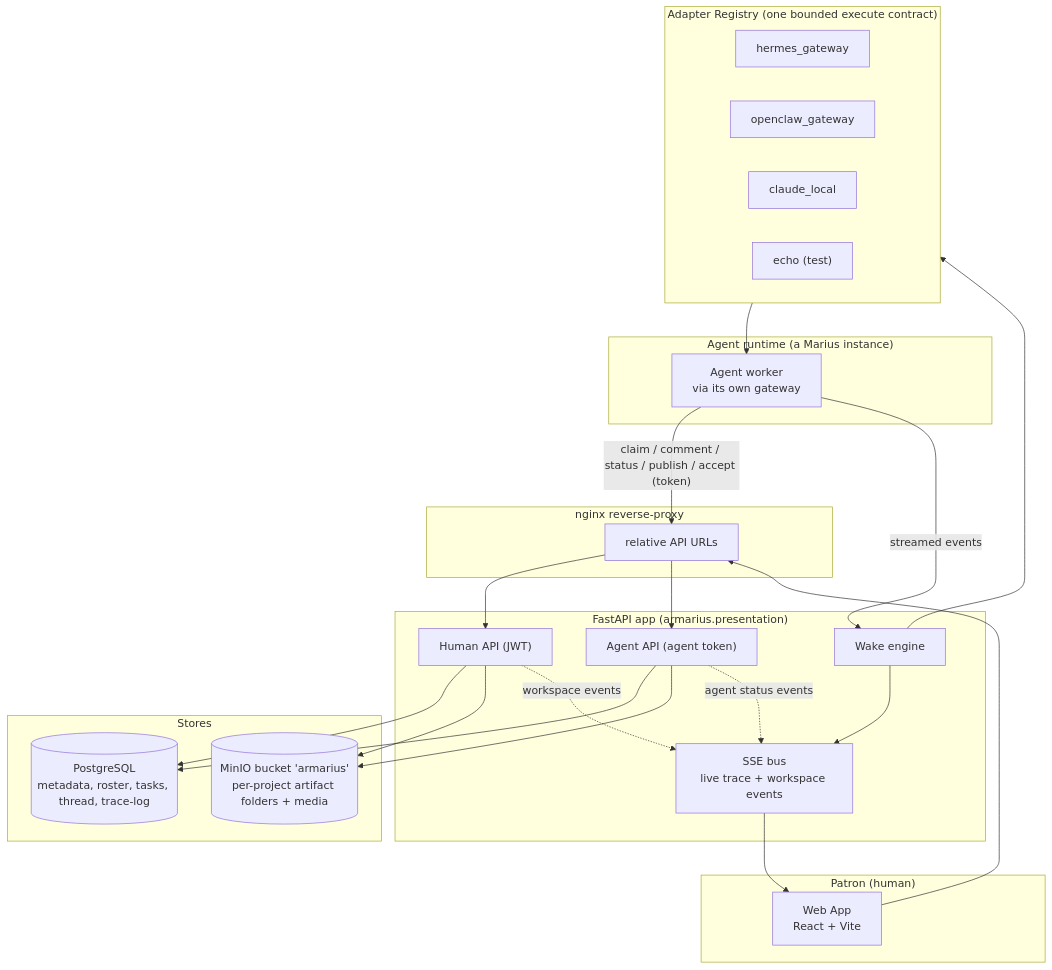
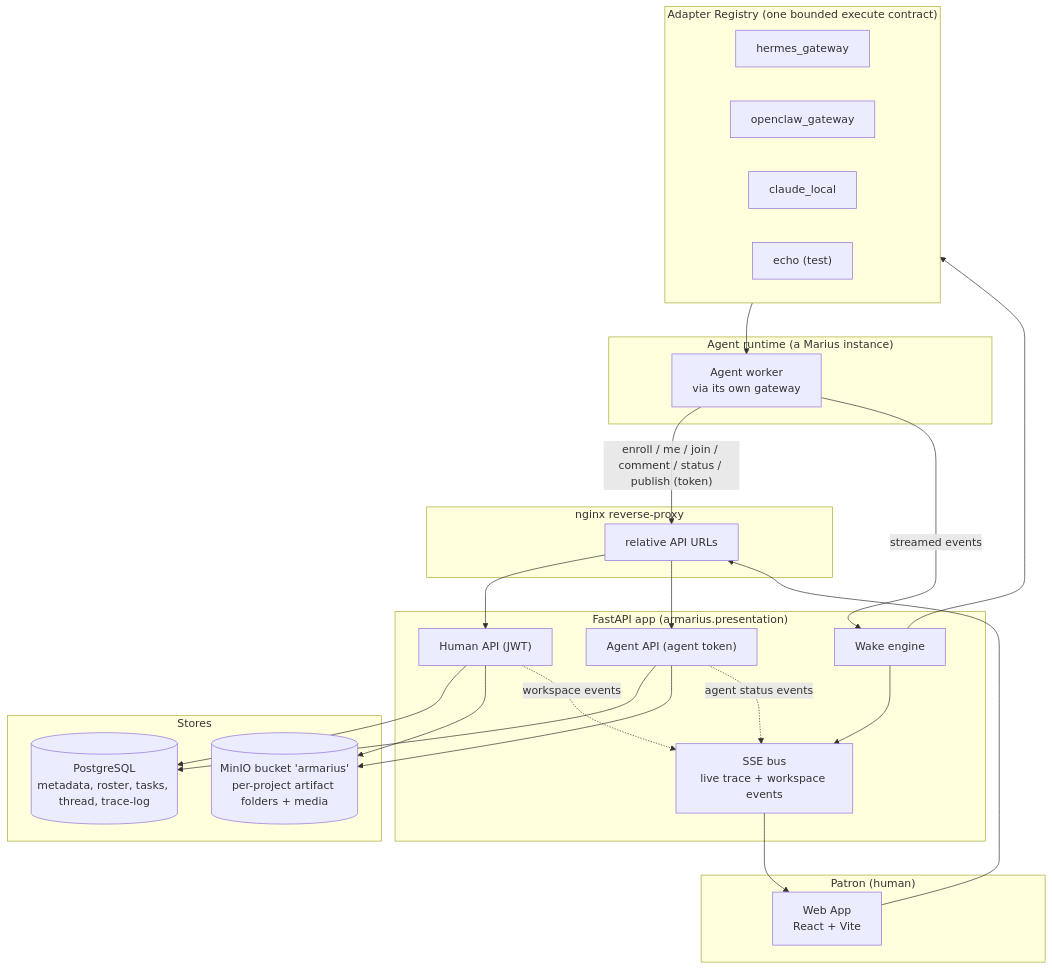
The first of 15 diagrams in docs/ARCHITECTURE.md (gnust-company/A.R.MARIUS), drawn with Mermaid before and after one commit. The commit also changed other lines of this file and 3 other files, not shown here.

First line of the commit message:
docs(design): resolve reviewer findings across architecture docs

````diff
--- a/docs/ARCHITECTURE.md
+++ b/docs/ARCHITECTURE.md
@@ -24,47 +24,47 @@
 ```mermaid
 flowchart TB
   subgraph Patron["Patron (human)"]
     UI["Web App<br/>React + Vite"]
   end
 
   subgraph Edge["nginx reverse-proxy"]
     NX["relative API URLs"]
   end
 
   subgraph App["FastAPI app (armarius.presentation)"]
     H["Human API (JWT)"]
     A["Agent API (agent token)"]
     WAKE["Wake engine"]
     SSE["SSE bus<br/>live trace + workspace events"]
   end
 
   subgraph Reg["Adapter Registry (one bounded execute contract)"]
     AD1["hermes_gateway"]
     AD2["openclaw_gateway"]
     AD3["claude_local"]
     AD4["echo (test)"]
   end
 
   subgraph Runtime["Agent runtime (a Marius instance)"]
     AGENT["Agent worker<br/>via its own gateway"]
   end
 
   subgraph Stores
     PG[("PostgreSQL<br/>metadata, roster, tasks, thread, trace-log")]
     MN[("MinIO bucket 'armarius'<br/>per-project artifact folders + media")]
   end
 
   UI --> NX --> H
   H --> PG
   H --> MN
   WAKE --> Reg
   Reg --> AGENT
-  AGENT -- "claim / comment / status / publish / accept (token)" --> NX --> A
+  AGENT -- "enroll / me / join / comment / status / publish (token)" --> NX --> A
   A --> PG
   A --> MN
   AGENT -- "streamed events" --> WAKE
   WAKE --> SSE
   H -.->|workspace events| SSE
   A -.->|agent status events| SSE
   SSE --> UI
 ```
````
